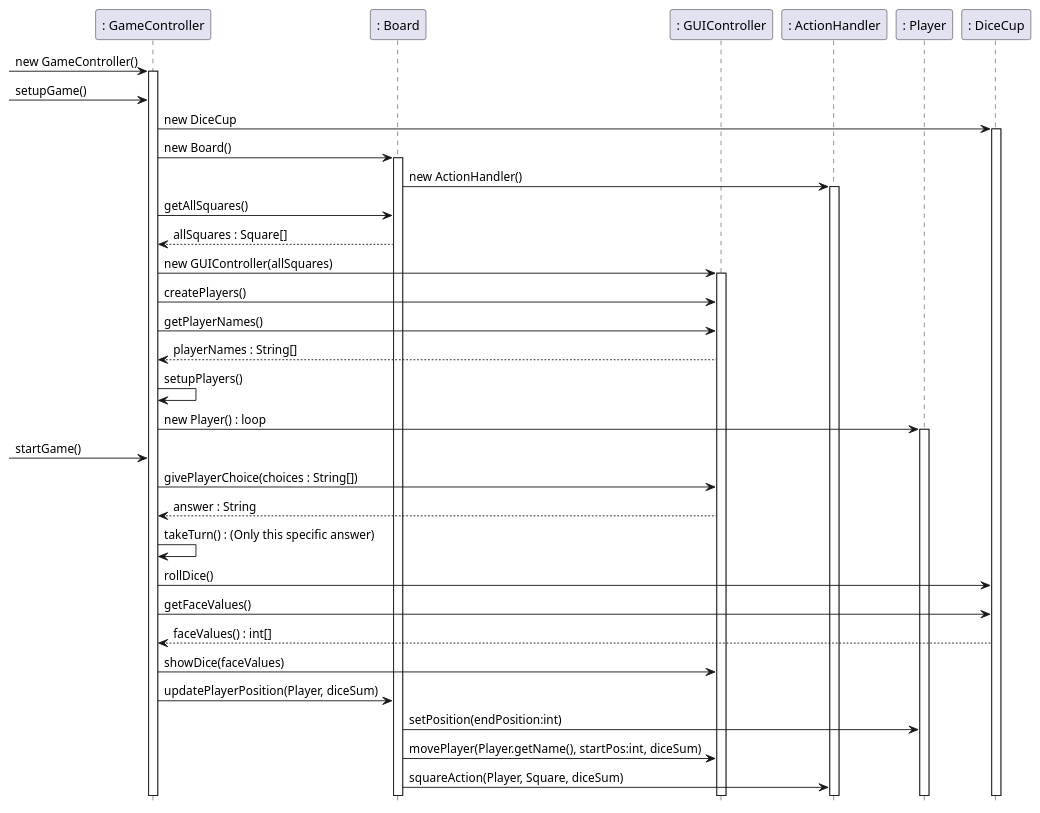
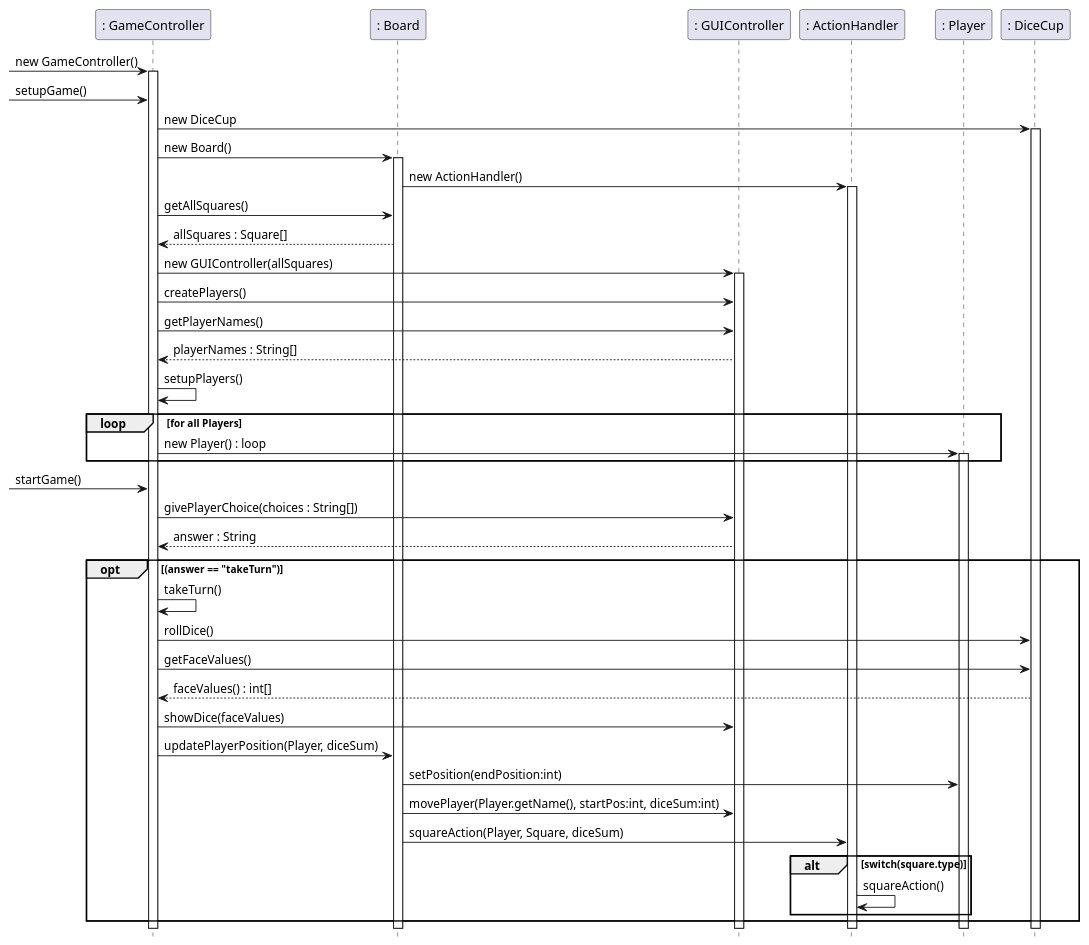
One commit to Greve2001/CDIO-final changed the diagram in diagrams/SD_Main_UseCase.puml. Above: the diagram before and after it, drawn with PlantUML.

Commit message:
Added loops and guards to SD for MainUseCase

```diff
--- a/diagrams/SD_Main_UseCase.puml
+++ b/diagrams/SD_Main_UseCase.puml
@@ -1,47 +1,55 @@
 @startuml
 
-hidefootbox
+hide footbox
 
 Participant ": GameController" as GameC
 Participant ": Board" as Board
 Participant ": GUIController" as GuiC
 Participant ": ActionHandler" as AH
 Participant ": Player" as Player
 Participant ": DiceCup" as DiceCup
 
 
 -> GameC : new GameController()
 Activate GameC
 -> GameC : setupGame()
     GameC -> DiceCup : new DiceCup
         Activate DiceCup
     GameC -> Board : new Board()
         Activate Board
         Board -> AH : new ActionHandler()
             Activate AH
     GameC -> Board : getAllSquares()
     GameC <-- Board : allSquares : Square[]
     GameC -> GuiC : new GUIController(allSquares)
         Activate GuiC
     GameC -> GuiC : createPlayers()
     GameC -> GuiC : getPlayerNames()
     GameC <-- GuiC : playerNames : String[]
     GameC -> GameC : setupPlayers()
-    GameC -> Player : new Player() : loop
-        Activate Player
+    loop for all Players
+        GameC -> Player : new Player() : loop
+            Activate Player
+    end
 
 -> GameC : startGame()
     GameC -> GuiC : givePlayerChoice(choices : String[])
     GameC <-- GuiC : answer : String
-    GameC -> GameC : takeTurn() : (Only this specific answer)
 
-    GameC -> DiceCup : rollDice()
-    GameC -> DiceCup : getFaceValues()
-    GameC <-- DiceCup : faceValues() : int[]
-    GameC -> GuiC : showDice(faceValues)
+    opt (answer == "takeTurn")
+        GameC -> GameC : takeTurn()
 
-    GameC -> Board : updatePlayerPosition(Player, diceSum)
-        Board -> Player : setPosition(endPosition:int)
-        Board -> GuiC : movePlayer(Player.getName(), startPos:int, diceSum)
-        Board -> AH : squareAction(Player, Square, diceSum)
+        GameC -> DiceCup : rollDice()
+        GameC -> DiceCup : getFaceValues()
+        GameC <-- DiceCup : faceValues() : int[]
+        GameC -> GuiC : showDice(faceValues)
+
+        GameC -> Board : updatePlayerPosition(Player, diceSum)
+            Board -> Player : setPosition(endPosition:int)
+            Board -> GuiC : movePlayer(Player.getName(), startPos:int, diceSum:int)
+            Board -> AH : squareAction(Player, Square, diceSum)
+            alt switch(square.type)
+                AH -> AH : squareAction()
+            end
+    end
 @enduml
```
